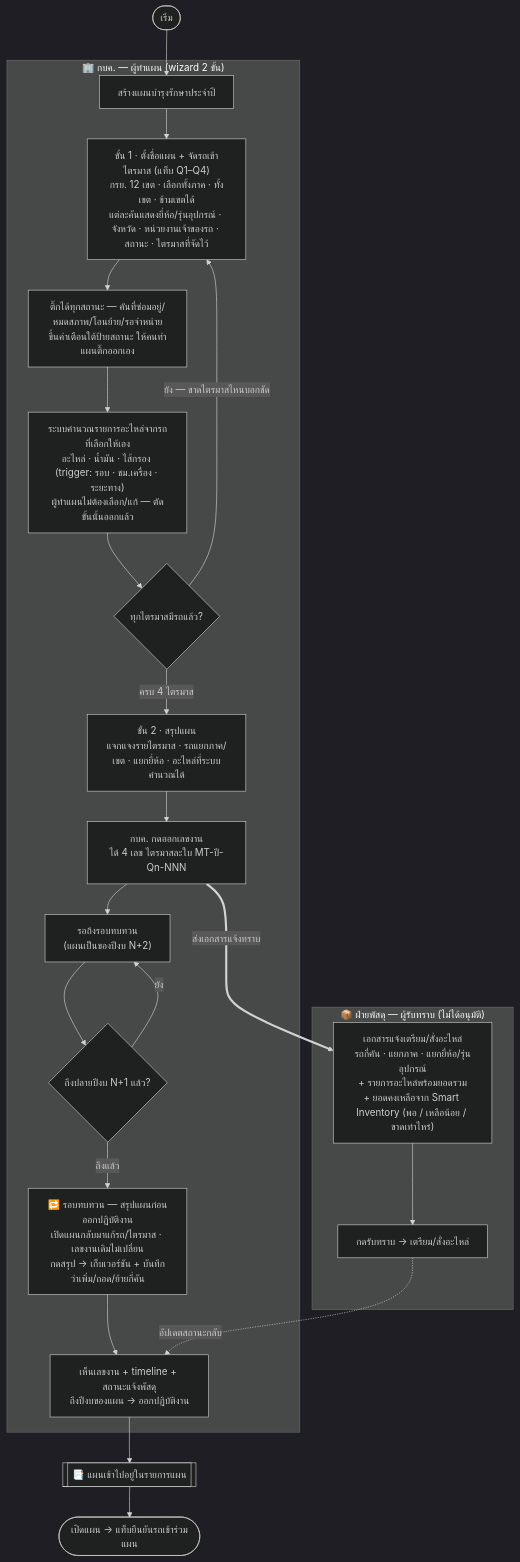
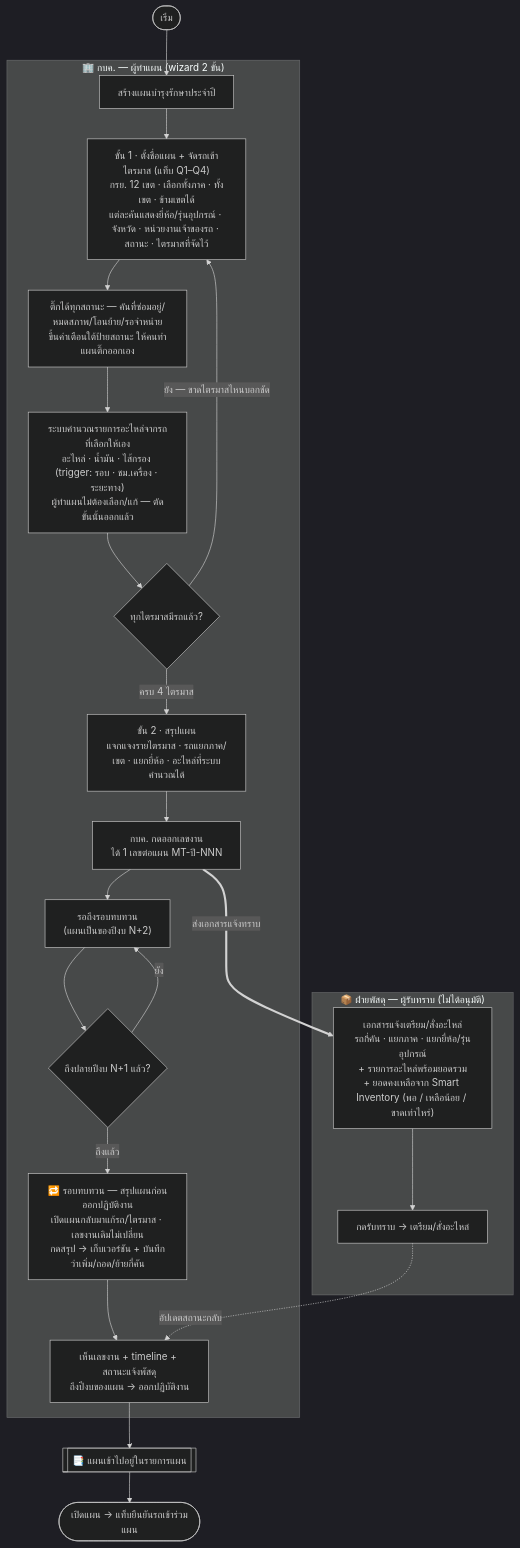
One commit to anugmail/Maintenance-Request-Form changed the diagram in Diagram/01-บำรุงรักษาตามวาระ/01-ออกเลขงาน.md. Above: the diagram before and after it, drawn with Mermaid (dark theme). The commit also changed other lines of this file and 37 other files, not shown here.

````diff
--- a/Diagram/01-บำรุงรักษาตามวาระ/01-ออกเลขงาน.md
+++ b/Diagram/01-บำรุงรักษาตามวาระ/01-ออกเลขงาน.md
@@ -24,32 +26,32 @@
 ```mermaid
 flowchart TB
     S([เริ่ม])
 
     subgraph KBK["🏢 กบค. — ผู้ทำแผน (wizard 2 ขั้น)"]
         A[สร้างแผนบำรุงรักษาประจำปี]
         A --> B["ขั้น 1 · ตั้งชื่อแผน + จัดรถเข้าไตรมาส (แท็บ Q1–Q4)<br/>กรย. 12 เขต · เลือกทั้งภาค · ทั้งเขต · ข้ามเขตได้<br/>แต่ละคันแสดงยี่ห้อ/รุ่นอุปกรณ์ · จังหวัด · หน่วยงานเจ้าของรถ · สถานะ · ไตรมาสที่จัดไว้"]
         B --> B2["ติ๊กได้ทุกสถานะ — คันที่ซ่อมอยู่/หมดสภาพ/โอนย้าย/รอจำหน่าย<br/>ขึ้นคำเตือนใต้ป้ายสถานะ ให้คนทำแผนติ๊กออกเอง"]
         B2 --> C["ระบบคำนวณรายการอะไหล่จากรถที่เลือกให้เอง<br/>อะไหล่ · น้ำมัน · ไส้กรอง (trigger: รอบ · ชม.เครื่อง · ระยะทาง)<br/>ผู้ทำแผนไม่ต้องเลือก/แก้ — ตัดขั้นนั้นออกแล้ว"]
         C --> CQ{"ทุกไตรมาสมีรถแล้ว?"}
         CQ -->|"ยัง — ขาดไตรมาสไหนบอกชัด"| B
         CQ -->|ครบ 4 ไตรมาส| D["ขั้น 2 · สรุปแผน<br/>แจกแจงรายไตรมาส · รถแยกภาค/เขต · แยกยี่ห้อ · อะไหล่ที่ระบบคำนวณได้"]
-        D --> E["กบค. กดออกเลขงาน<br/>ได้ 4 เลข ไตรมาสละใบ MT-ปี-Qn-NNN"]
+        D --> E["กบค. กดออกเลขงาน<br/>ได้ 1 เลขต่อแผน MT-ปี-NNN"]
         E --> W["รอถึงรอบทบทวน<br/>(แผนเป็นของปีงบ N+2)"]
         W --> RV{"ถึงปลายปีงบ N+1 แล้ว?"}
         RV -->|ยัง| W
         RV -->|ถึงแล้ว| R1["🔁 รอบทบทวน — สรุปแผนก่อนออกปฏิบัติงาน<br/>เปิดแผนกลับมาแก้รถ/ไตรมาส · เลขงานเดิมไม่เปลี่ยน<br/>กดสรุป → เก็บเวอร์ชัน + บันทึกว่าเพิ่ม/ถอด/ย้ายกี่คัน"]
         R1 --> J[เห็นเลขงาน + timeline + สถานะแจ้งพัสดุ<br/>ถึงปีงบของแผน → ออกปฏิบัติงาน]
     end
 
     subgraph PSD["📦 ฝ่ายพัสดุ — ผู้รับทราบ (ไม่ได้อนุมัติ)"]
         F["เอกสารแจ้งเตรียม/สั่งอะไหล่<br/>รถกี่คัน · แยกภาค · แยกยี่ห้อ/รุ่นอุปกรณ์<br/>+ รายการอะไหล่พร้อมยอดรวม<br/>+ ยอดคงเหลือจาก Smart Inventory (พอ / เหลือน้อย / ขาดเท่าไหร่)"]
         G[กดรับทราบ → เตรียม/สั่งอะไหล่]
         F --> G
     end
 
     S --> A
     E ==>|ส่งเอกสารแจ้งทราบ| F
     G -. อัปเดตสถานะกลับ .-> J
     J --> L[["📑 แผนเข้าไปอยู่ในรายการแผน"]]
     L --> Z(["เปิดแผน → แท็บยืนยันรถเข้าร่วมแผน"])
 ```
````
